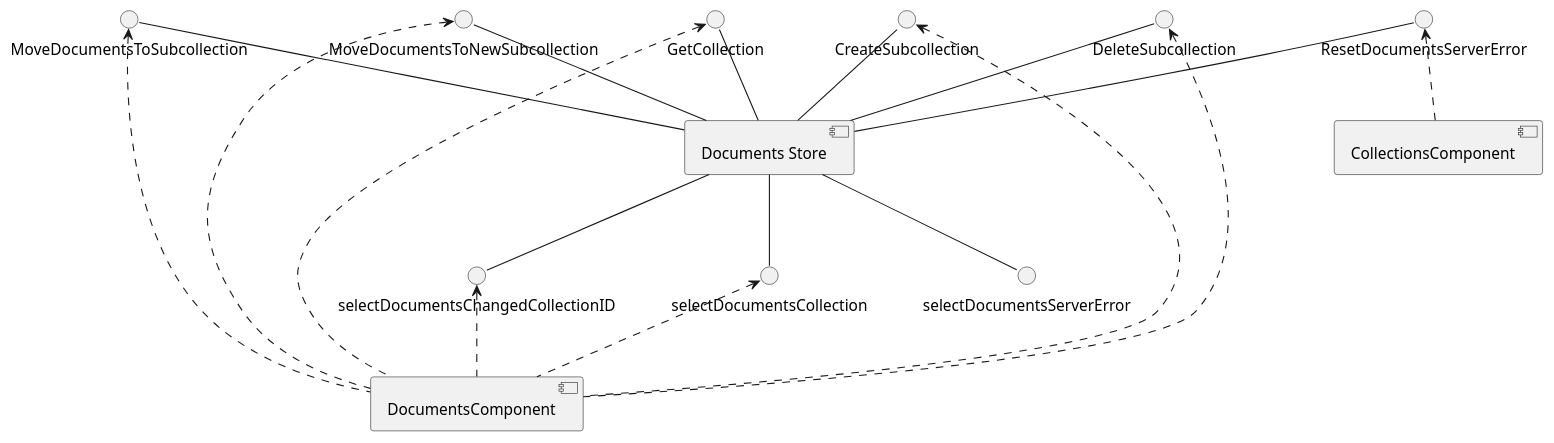
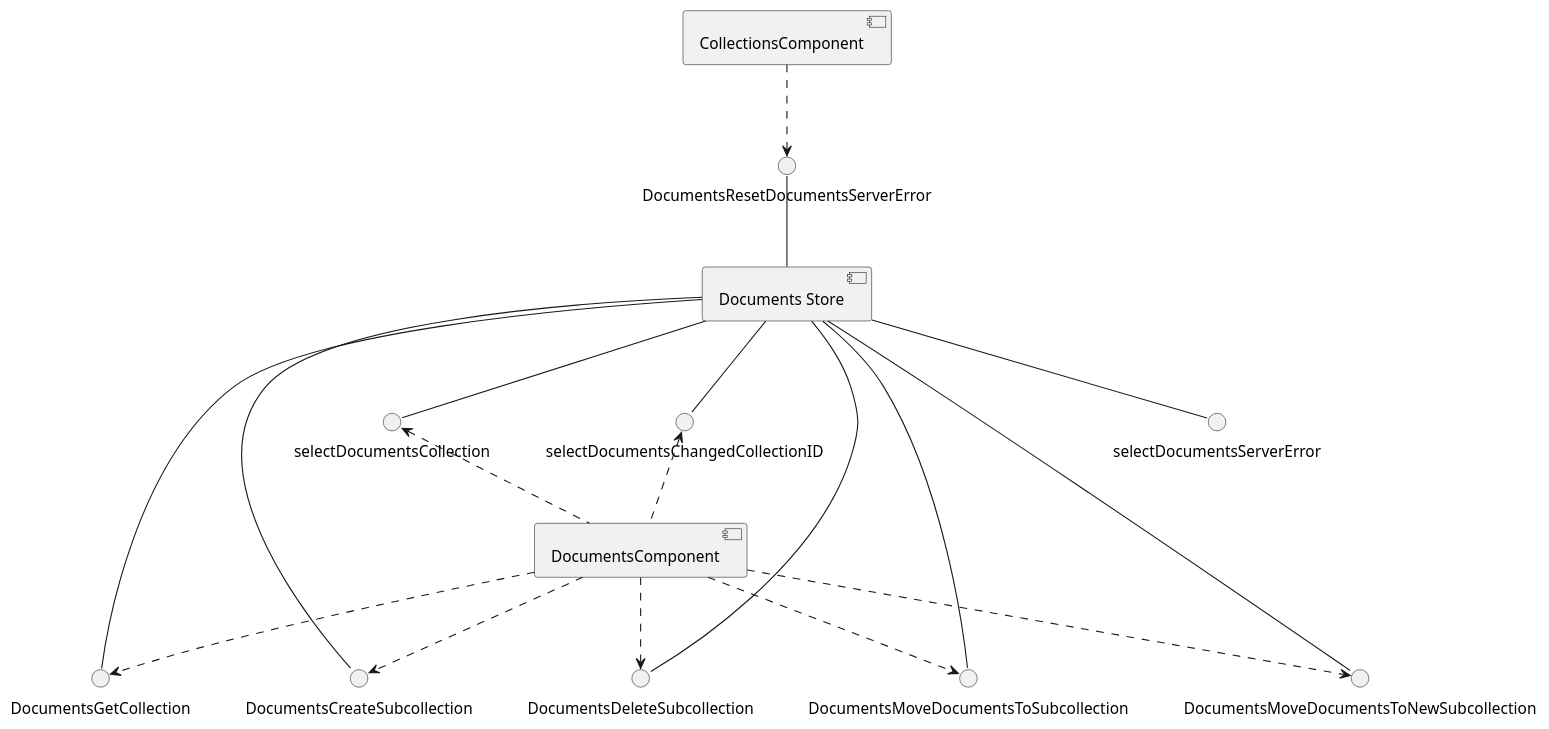
One commit to HISPAMUS/muret changed the fifth of 14 diagrams in documentation/puml/angular.puml. Above: the diagram before and after it, drawn with PlantUML. The commit also changed other lines of this file and 62 other files, not shown here.

```diff
--- a/documentation/puml/angular.puml
+++ b/documentation/puml/angular.puml
@@ -102,23 +117,23 @@
 @startuml documents_store_component
     [Documents Store]
-    GetCollection -- [Documents Store]
-    CreateSubcollection -- [Documents Store]
-    DeleteSubcollection -- [Documents Store]
-    MoveDocumentsToSubcollection -- [Documents Store]
-    MoveDocumentsToNewSubcollection -- [Documents Store]
-    ResetDocumentsServerError -- [Documents Store]
+    DocumentsGetCollection -- [Documents Store]
+    DocumentsCreateSubcollection -- [Documents Store]
+    DocumentsDeleteSubcollection -- [Documents Store]
+    DocumentsMoveDocumentsToSubcollection -- [Documents Store]
+    DocumentsMoveDocumentsToNewSubcollection -- [Documents Store]
+    DocumentsResetDocumentsServerError -- [Documents Store]
 
     [Documents Store] -- selectDocumentsCollection
     [Documents Store] -- selectDocumentsChangedCollectionID
     [Documents Store] -- selectDocumentsServerError
 
-    [ResetDocumentsServerError] <.. [CollectionsComponent]
-    [GetCollection] <.. [DocumentsComponent]
-    [CreateSubcollection] <.. [DocumentsComponent]
-    [DeleteSubcollection] <.. [DocumentsComponent]
-    [MoveDocumentsToSubcollection] <.. [DocumentsComponent]
-    [MoveDocumentsToNewSubcollection] <.. [DocumentsComponent]
+    [CollectionsComponent] ..> DocumentsResetDocumentsServerError
+    [DocumentsComponent] ..> DocumentsGetCollection
+    [DocumentsComponent] ..> DocumentsCreateSubcollection
+    [DocumentsComponent] ..> DocumentsDeleteSubcollection
+    [DocumentsComponent] ..> DocumentsMoveDocumentsToSubcollection
+    [DocumentsComponent] ..> DocumentsMoveDocumentsToNewSubcollection
 
-    [selectDocumentsCollection] <.. [DocumentsComponent]
-    [selectDocumentsChangedCollectionID] <.. [DocumentsComponent]
+    selectDocumentsCollection <.. [DocumentsComponent]
+    selectDocumentsChangedCollectionID <.. [DocumentsComponent]
 @enduml
```
